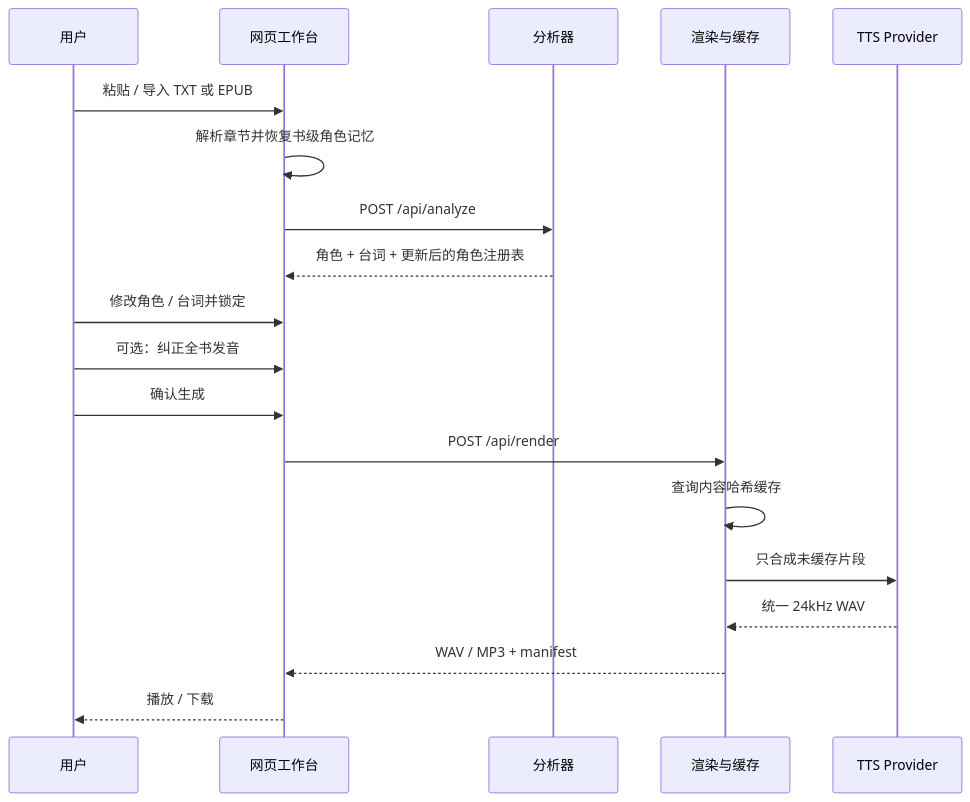
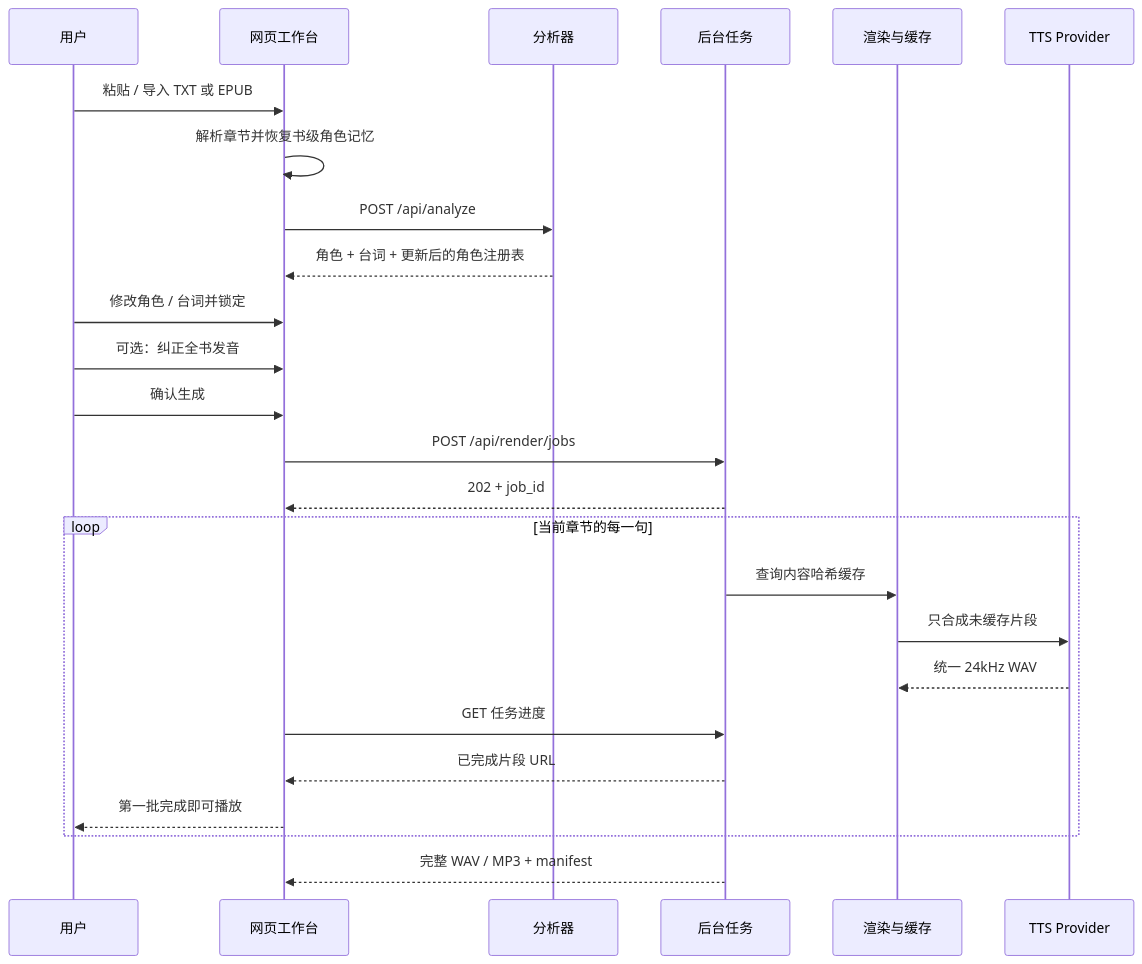
The diagram in docs/ARCHITECTURE.md (mungbean138516-jpg/multi-character-_text_to_speech), drawn with Mermaid before and after one commit. The commit also changed other lines of this file and 17 other files, not shown here.

````diff
--- a/docs/ARCHITECTURE.md
+++ b/docs/ARCHITECTURE.md
@@ -21,22 +21,28 @@
 ```mermaid
 sequenceDiagram
     participant U as 用户
     participant W as 网页工作台
     participant A as 分析器
+    participant J as 后台任务
     participant R as 渲染与缓存
     participant T as TTS Provider
 
     U->>W: 粘贴 / 导入 TXT 或 EPUB
     W->>W: 解析章节并恢复书级角色记忆
     W->>A: POST /api/analyze
     A-->>W: 角色 + 台词 + 更新后的角色注册表
     U->>W: 修改角色 / 台词并锁定
     U->>W: 可选：纠正全书发音
     U->>W: 确认生成
-    W->>R: POST /api/render
-    R->>R: 查询内容哈希缓存
-    R->>T: 只合成未缓存片段
-    T-->>R: 统一 24kHz WAV
-    R-->>W: WAV / MP3 + manifest
-    W-->>U: 播放 / 下载
+    W->>J: POST /api/render/jobs
+    J-->>W: 202 + job_id
+    loop 当前章节的每一句
+        J->>R: 查询内容哈希缓存
+        R->>T: 只合成未缓存片段
+        T-->>R: 统一 24kHz WAV
+        W->>J: GET 任务进度
+        J-->>W: 已完成片段 URL
+        W-->>U: 第一批完成即可播放
+    end
+    J-->>W: 完整 WAV / MP3 + manifest
 ```
````
